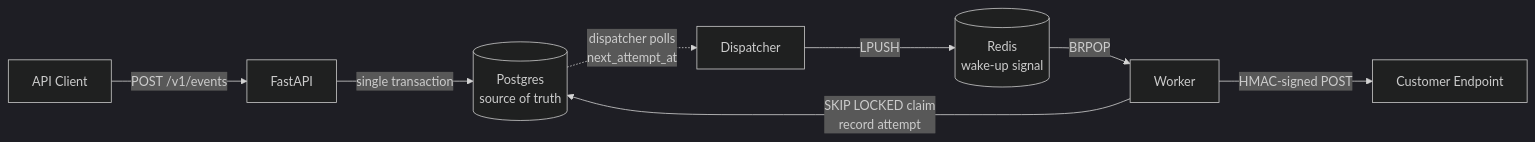
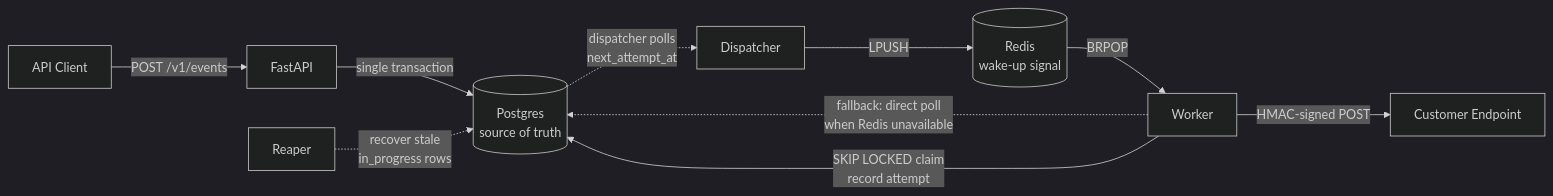
The diagram in SPEC.md (BlackStarCodes/hookdaemon), drawn with Mermaid (dark theme) before and after one commit. The commit also changed other lines of this file and 4 other files, not shown here.

First line of the commit message:
docs: freeze SPEC, README, ROADMAP, DECISIONS for v1 (#4)

````diff
--- a/SPEC.md
+++ b/SPEC.md
@@ -41,10 +41,12 @@
 ```mermaid
 flowchart LR
     C[API Client] -->|POST /v1/events| A[FastAPI]
     A -->|single transaction| PG[(Postgres<br/>source of truth)]
     PG -.->|dispatcher polls<br/>next_attempt_at| D[Dispatcher]
     D -->|LPUSH| R[(Redis<br/>wake-up signal)]
     R -->|BRPOP| W[Worker]
+    W -.->|fallback: direct poll<br/>when Redis unavailable| PG
     W -->|HMAC-signed POST| EP[Customer Endpoint]
     W -->|SKIP LOCKED claim<br/>record attempt| PG
+    RP[Reaper] -.->|recover stale<br/>in_progress rows| PG
 ```
````
